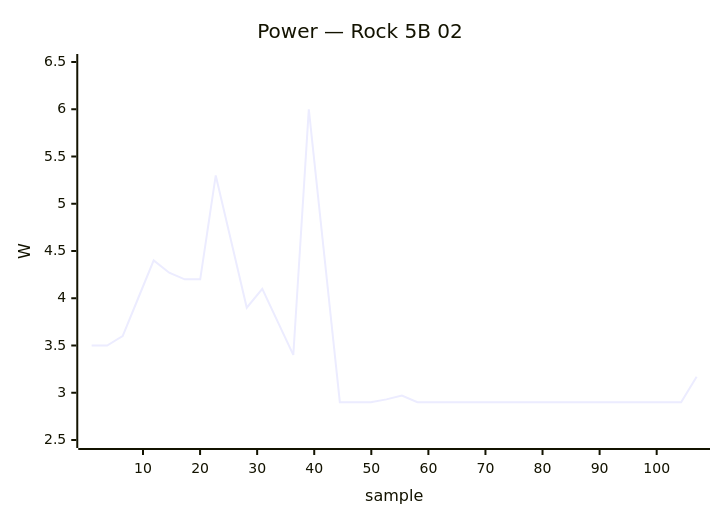
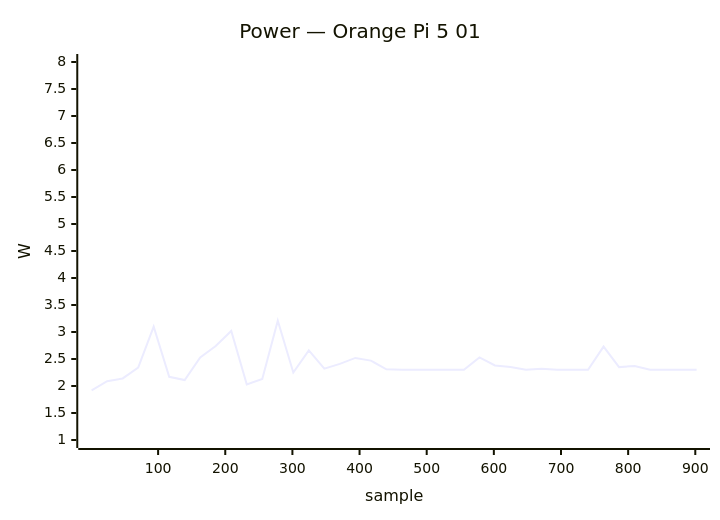
Before and after one commit to armbian/documentation: the third of 38 diagrams in docs/status/board-tests.md, drawn with Mermaid. The commit also changed other lines of this file, not shown here.

````diff
--- a/docs/status/board-tests.md
+++ b/docs/status/board-tests.md
@@ -169,7 +153,7 @@
 ```mermaid
 xychart-beta
-    title "Power — Rock 5B 02"
-    x-axis "sample" 1 --> 107
-    y-axis "W" 2.5 --> 6.5
-    line [3.50, 3.50, 3.60, 4.00, 4.40, 4.27, 4.20, 4.20, 5.30, 4.60, 3.90, 4.10, 3.75, 3.40, 6.00, 4.45, 2.90, 2.90, 2.90, 2.93, 2.97, 2.90, 2.90, 2.90, 2.90, 2.90, 2.90, 2.90, 2.90, 2.90, 2.90, 2.90, 2.90, 2.90, 2.90, 2.90, 2.90, 2.90, 2.90, 3.17]
+    title "Power — Orange Pi 5 01"
+    x-axis "sample" 1 --> 902
+    y-axis "W" 1.0 --> 8.0
+    line [1.92, 2.09, 2.14, 2.34, 3.10, 2.17, 2.11, 2.53, 2.74, 3.02, 2.03, 2.13, 3.21, 2.25, 2.66, 2.32, 2.41, 2.52, 2.47, 2.31, 2.30, 2.30, 2.30, 2.30, 2.30, 2.53, 2.38, 2.35, 2.30, 2.32, 2.30, 2.30, 2.30, 2.73, 2.35, 2.37, 2.30, 2.30, 2.30, 2.30]
 ```
````
